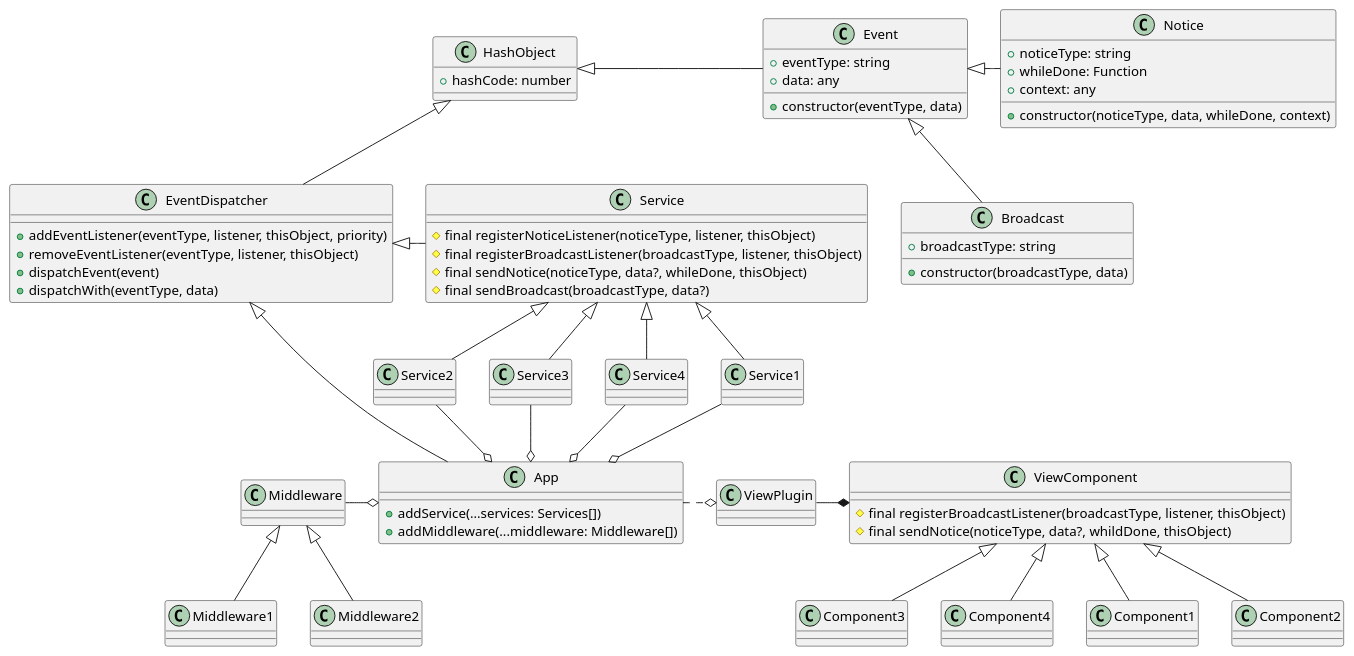
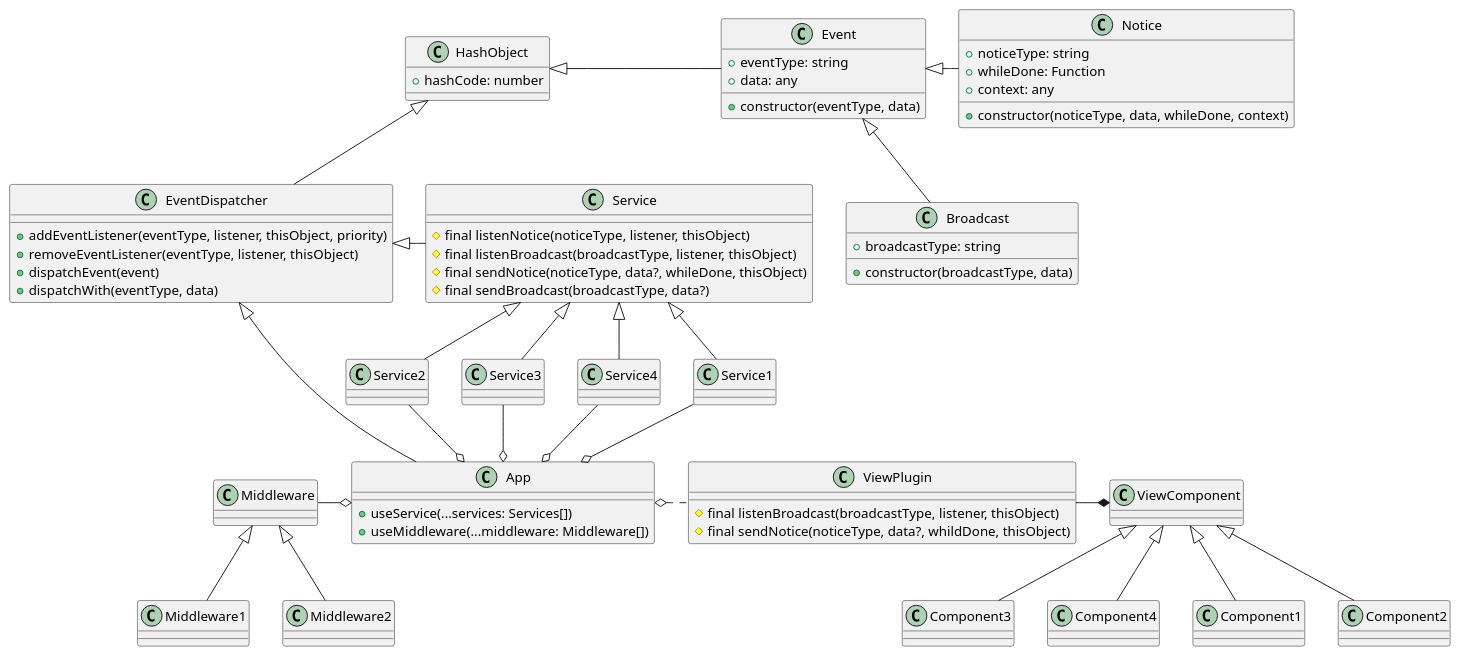
The diagram in doc/uml/ClassDefination.puml (liuxiaochen2017/box), drawn with PlantUML before and after one commit. The commit also changed 1 other file, not shown here.

Commit message:
更新类库设计视图

```diff
--- a/doc/uml/ClassDefination.puml
+++ b/doc/uml/ClassDefination.puml
@@ -1,73 +1,73 @@
 @startuml ClassDefination
 
 class HashObject {
     + hashCode: number
 }
 
 class Event {
     + eventType: string
     + data: any
     + constructor(eventType, data)
 }
 
 class EventDispatcher {
     + addEventListener(eventType, listener, thisObject, priority)
     + removeEventListener(eventType, listener, thisObject)
     + dispatchEvent(event)
     + dispatchWith(eventType, data)
 }
 
 class Service {
-    # final registerNoticeListener(noticeType, listener, thisObject)
-    # final registerBroadcastListener(broadcastType, listener, thisObject)
+    # final listenNotice(noticeType, listener, thisObject)
+    # final listenBroadcast(broadcastType, listener, thisObject)
     # final sendNotice(noticeType, data?, whileDone, thisObject)
     # final sendBroadcast(broadcastType, data?)
 }
 
 class App {
-    + addService(...services: Services[])
-    + addMiddleware(...middleware: Middleware[])
+    + useService(...services: Services[])
+    + useMiddleware(...middleware: Middleware[])
 }
 
-class ViewComponent {
-    # final registerBroadcastListener(broadcastType, listener, thisObject)
+class ViewPlugin {
+    # final listenBroadcast(broadcastType, listener, thisObject)
     # final sendNotice(noticeType, data?, whildDone, thisObject)
 }
 
 class Notice {
     + noticeType: string
     + whileDone: Function
     + context: any
     + constructor(noticeType, data, whileDone, context)
 }
 
 class Broadcast {
     + broadcastType: string
     + constructor(broadcastType, data)
 }
 
 HashObject <|- Event
 Event <|- Notice
 Event <|-- Broadcast
 HashObject <|-- EventDispatcher
 EventDispatcher <|- Service
 EventDispatcher <|-- App
 Service <|--Service1
 Service <|--Service2
 Service <|--Service3
 Service <|--Service4
 Service1 --o App
 Service2 --o App
 Service3 --o App
 Service4 --o App
-App .o ViewPlugin
+App o. ViewPlugin
 ViewPlugin -* ViewComponent
 ViewComponent <|-- Component1
 ViewComponent <|-- Component2
 ViewComponent <|-- Component3
 ViewComponent <|-- Component4
 Middleware -o App 
 Middleware <|-- Middleware1
 Middleware <|-- Middleware2
 
 @enduml
```
